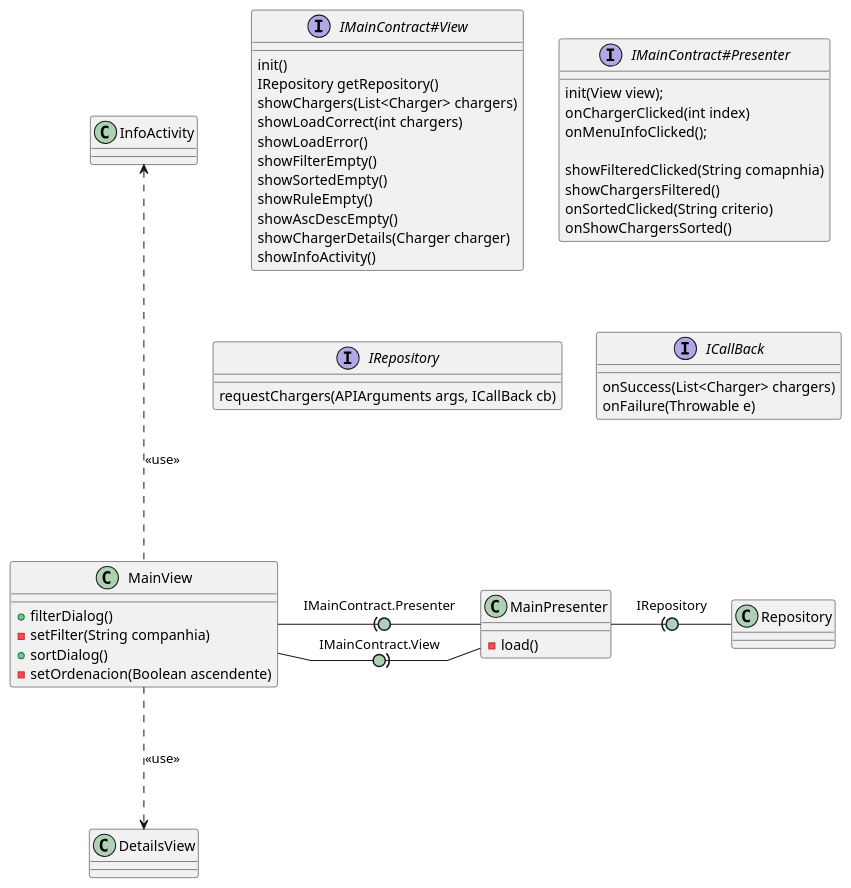
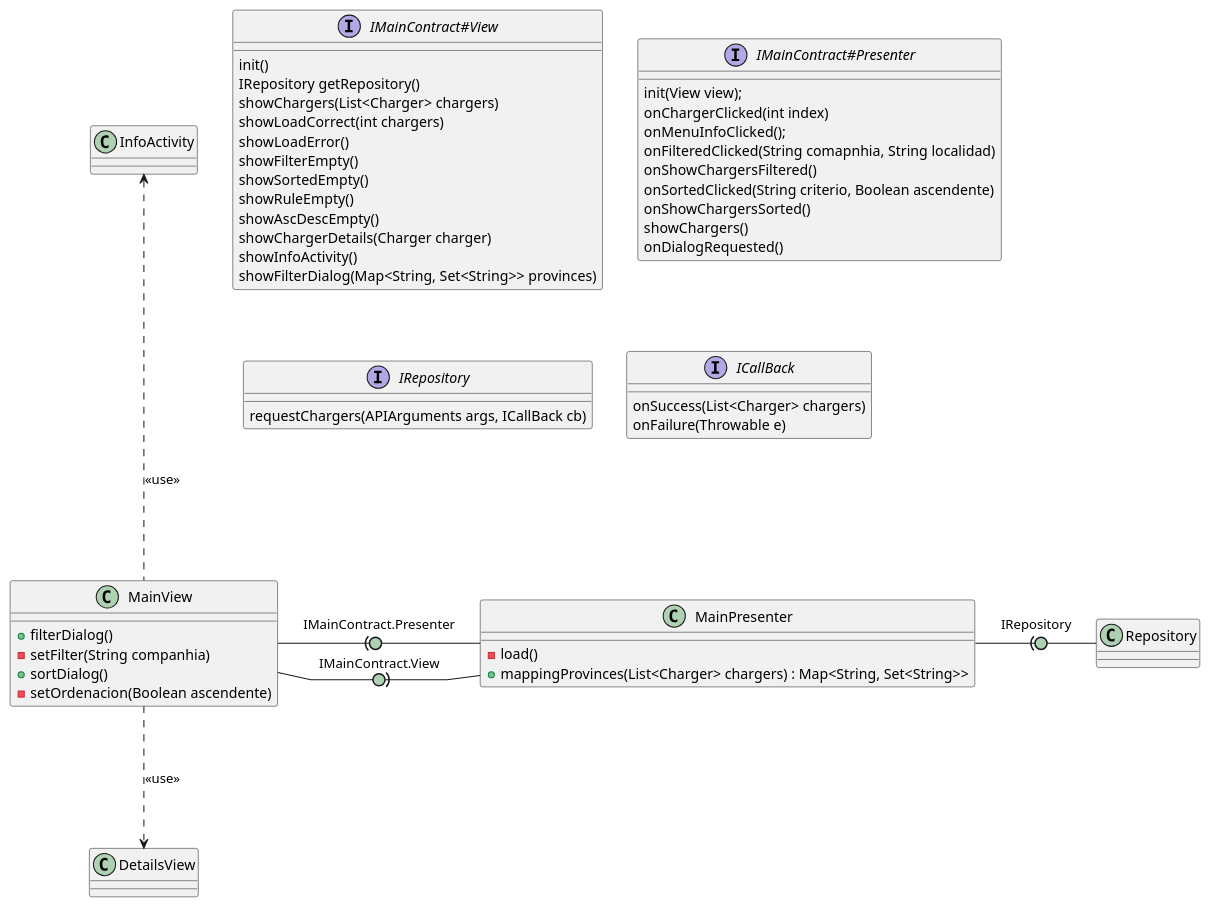
The diagram in Docs/Models/arquitectura.puml (isunican/App-CarChargers-Grupo2), drawn with PlantUML before and after one commit.

```diff
--- a/Docs/Models/arquitectura.puml
+++ b/Docs/Models/arquitectura.puml
@@ -1,64 +1,67 @@
 @startuml arquitectura
 
 skinparam linetype polyline
 skinparam arrowLollipopColor #ADD1B2
 
 MainView -right(0- MainPresenter : IMainContract.Presenter
 MainView -right0)- MainPresenter : IMainContract.View
 MainView -up..-> InfoActivity : <<use>>
 MainView -down..> DetailsView : <<use>>
 MainPresenter -right(0- Repository : IRepository
 
 together {
   interface IMainContract#View
   interface IMainContract#Presenter
   interface IRepository
   interface ICallBack
 }
 
 interface IMainContract#View {
     init()
     IRepository getRepository()
     showChargers(List<Charger> chargers)
     showLoadCorrect(int chargers)
     showLoadError()
     showFilterEmpty()
     showSortedEmpty()
     showRuleEmpty()
     showAscDescEmpty()
     showChargerDetails(Charger charger)
     showInfoActivity()
+    showFilterDialog(Map<String, Set<String>> provinces)
 }
 
 interface IMainContract#Presenter {
    init(View view);
    onChargerClicked(int index)
    onMenuInfoClicked();
-
-   showFilteredClicked(String comapnhia)
-   showChargersFiltered()
-   onSortedClicked(String criterio)
+   onFilteredClicked(String comapnhia, String localidad)
+   onShowChargersFiltered()
+   onSortedClicked(String criterio, Boolean ascendente)
    onShowChargersSorted()
+   showChargers()
+   onDialogRequested()
 }
 
 interface IRepository {
     requestChargers(APIArguments args, ICallBack cb)
 }
 
 interface ICallBack {
     onSuccess(List<Charger> chargers)
     onFailure(Throwable e)
 }
 
 class MainPresenter {
     -load()
+    +mappingProvinces(List<Charger> chargers) : Map<String, Set<String>> 
 }
 
 class MainView {
     +filterDialog()
     -setFilter(String companhia)
     +sortDialog()
-    -setOrdenacion(Boolean ascendente)
+    -setOrdenacion(Boolean ascendente) 
 }
 
 @enduml
```
